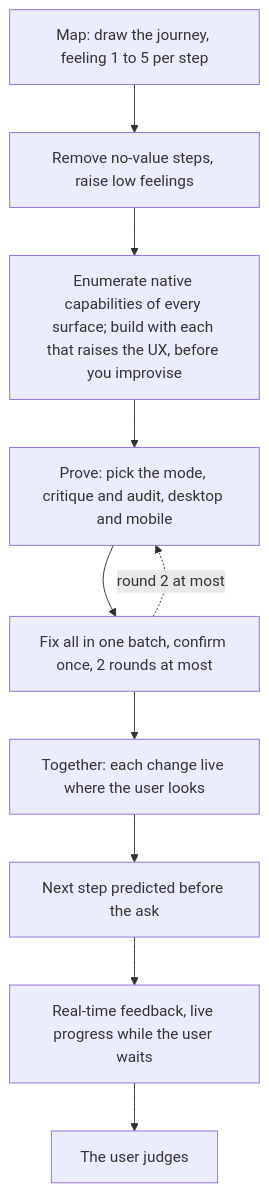
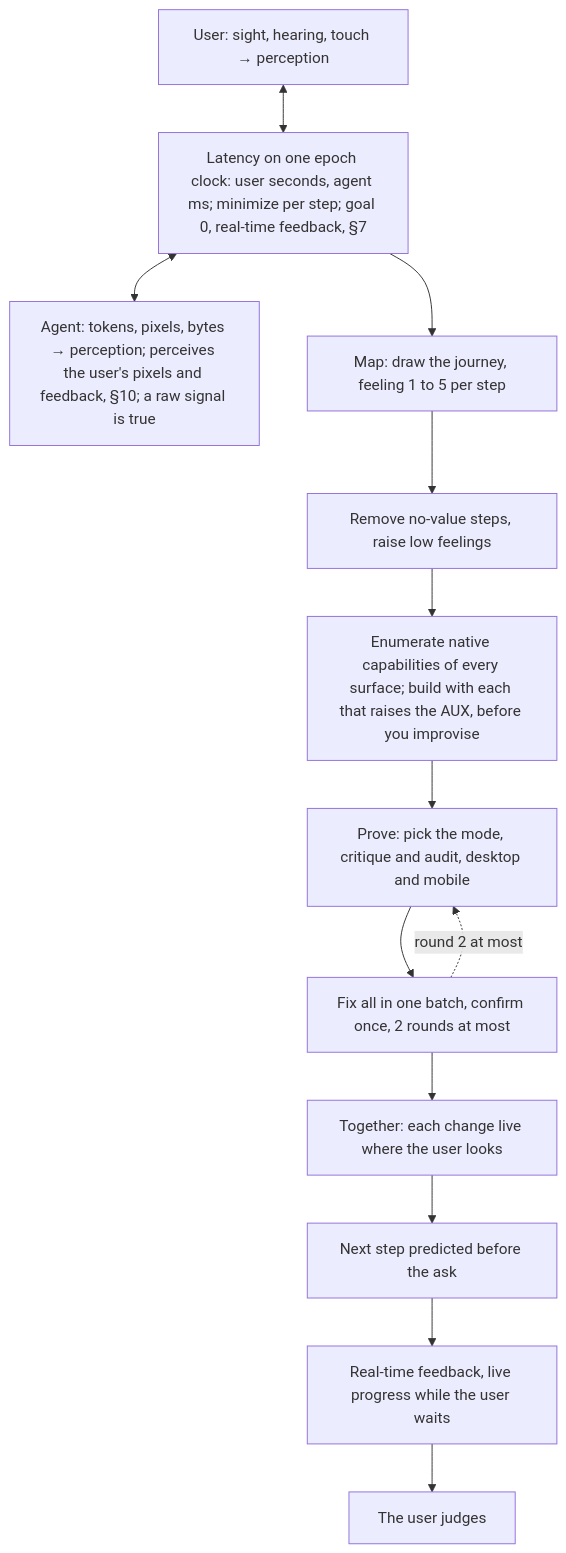
Before and after one commit to SolenixAI/arbiter: the third of 14 diagrams in AGENTS.md, drawn with Mermaid. The commit also changed other lines of this file and 1 other file, not shown here.

First line of the commit message:
docs(agents): Optimal AUX: two sides of every experience, latency between (#26)

````diff
--- a/AGENTS.md
+++ b/AGENTS.md
@@ -129,12 +131,14 @@
 ```mermaid
 flowchart TD
+  US["User: sight, hearing, touch → perception"] <--> LT["Latency on one epoch clock: user seconds, agent ms; minimize per step; goal 0, real-time feedback, §7"] <--> AG["Agent: tokens, pixels, bytes → perception; perceives the user's pixels and feedback, §10; a raw signal is true"]
+  LT --> M
   M["Map: draw the journey, feeling 1 to 5 per step"] --> R["Remove no-value steps, raise low feelings"]
-  R --> B["Enumerate native capabilities of every surface; build with each that raises the UX, before you improvise"]
+  R --> B["Enumerate native capabilities of every surface; build with each that raises the AUX, before you improvise"]
   B --> P["Prove: pick the mode, critique and audit, desktop and mobile"]
   P --> F["Fix all in one batch, confirm once, 2 rounds at most"]
   F -.->|round 2 at most| P
   F --> T["Together: each change live where the user looks"]
   T --> N["Next step predicted before the ask"]
   N --> RT["Real-time feedback, live progress while the user waits"]
   RT --> J["The user judges"]
 ```
````
